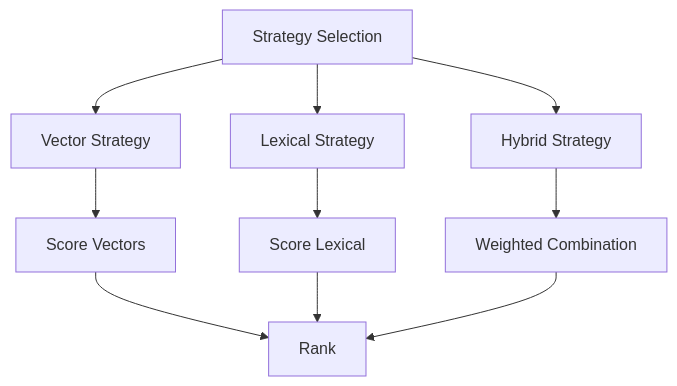
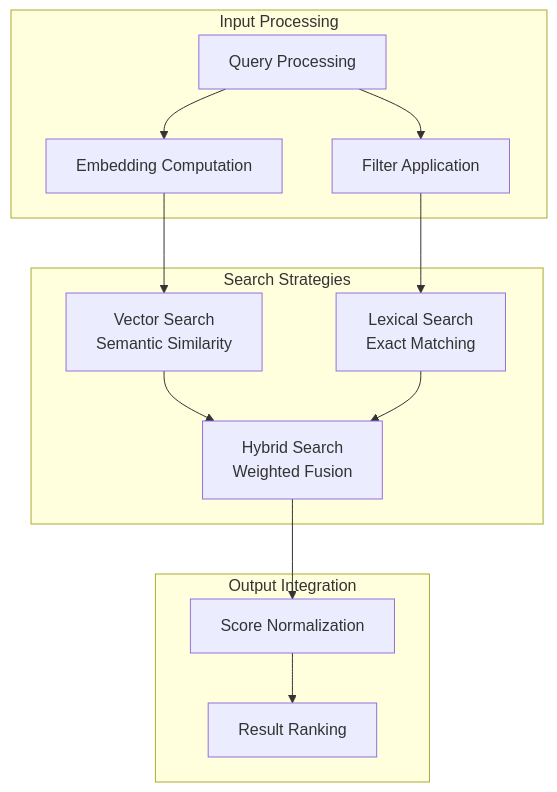
One commit to NcitDev/ragsystem changed the second of 5 diagrams in docs/wiki/Search and Retrieval/Search and Retrieval.md. Above: the diagram before and after it, drawn with Mermaid. The commit also changed other lines of this file and 27 other files, not shown here.

````diff
--- a/docs/wiki/Search and Retrieval/Search and Retrieval.md
+++ b/docs/wiki/Search and Retrieval/Search and Retrieval.md
@@ -268,12 +123,25 @@
 ```mermaid
-flowchart TD
-A["Strategy Selection"] --> V["Vector Strategy"]
-A --> L["Lexical Strategy"]
-A --> H["Hybrid Strategy"]
-V --> SV["Score Vectors"]
-L --> SL["Score Lexical"]
-H --> WH["Weighted Combination"]
-SV --> R["Rank"]
-SL --> R
-WH --> R
+graph TB
+subgraph "Search Strategies"
+V["Vector Search<br/>Semantic Similarity"]
+L["Lexical Search<br/>Exact Matching"]
+H["Hybrid Search<br/>Weighted Fusion"]
+end
+subgraph "Input Processing"
+Q["Query Processing"]
+F["Filter Application"]
+E["Embedding Computation"]
+end
+subgraph "Output Integration"
+S["Score Normalization"]
+R["Result Ranking"]
+end
+Q --> E
+Q --> F
+E --> V
+F --> L
+V --> H
+L --> H
+H --> S
+S --> R
 ```
````
